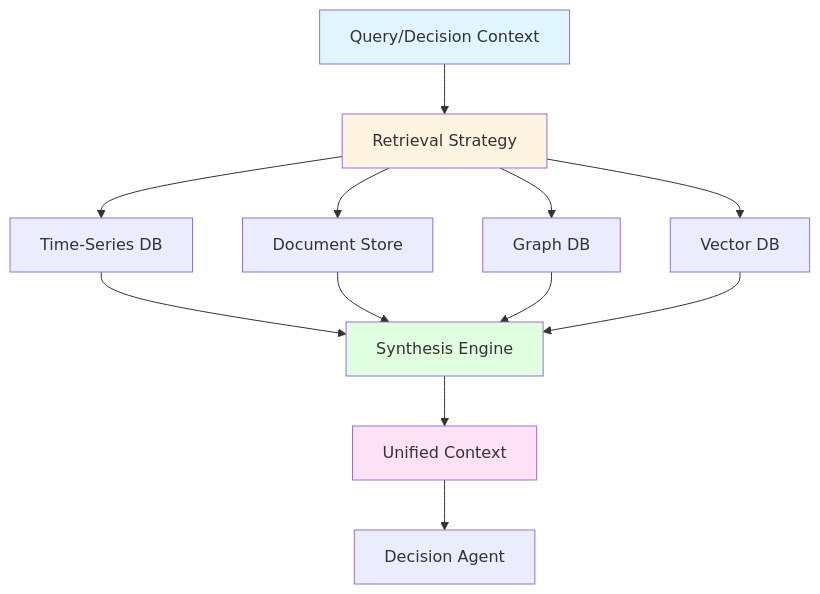
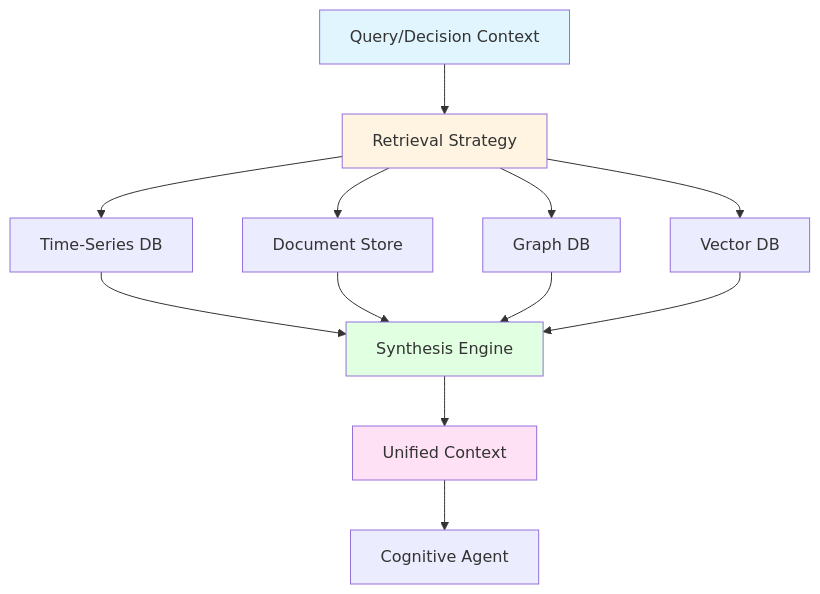
Before and after one commit to XMPro/Multi-Agent: the third of 4 diagrams in docs/design-patterns/memory-patterns.md, drawn with Mermaid. The commit also changed 7 other files, not shown here.

````diff
--- a/docs/design-patterns/memory-patterns.md
+++ b/docs/design-patterns/memory-patterns.md
@@ -463,21 +463,21 @@
 ```mermaid
 graph TD
     Q[Query/Decision Context] --> R[Retrieval Strategy]
     R --> DB1[Time-Series DB]
     R --> DB2[Document Store]
     R --> DB3[Graph DB]
     R --> DB4[Vector DB]
     
     DB1 --> S[Synthesis Engine]
     DB2 --> S
     DB3 --> S
     DB4 --> S
     
     S --> C[Unified Context]
-    C --> D[Decision Agent]
+    C --> D[Cognitive Agent]
     
     style Q fill:#e1f5ff
     style R fill:#fff4e1
     style S fill:#e1ffe1
     style C fill:#ffe1f5
 ```
````
